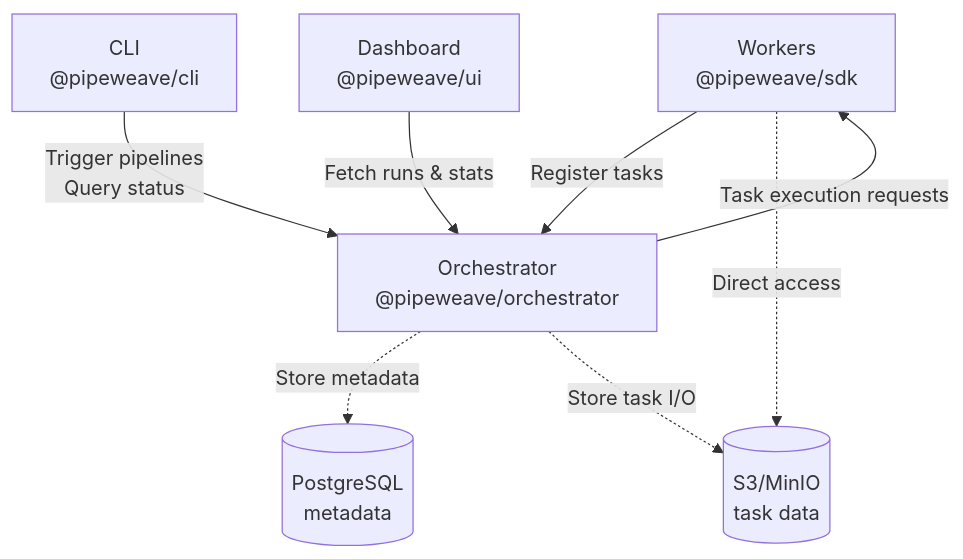
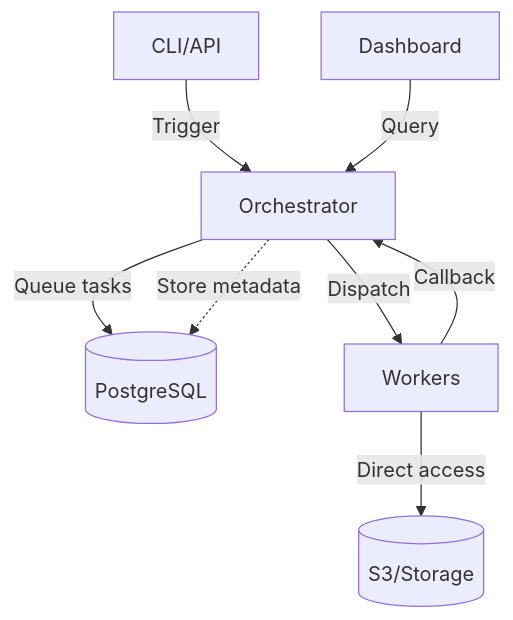
One commit to PipeWeave/pipeweave changed the diagram in README.md. Above: the diagram before and after it, drawn with Mermaid. The commit also changed other lines of this file and 41 other files, not shown here.

````diff
--- a/README.md
+++ b/README.md
@@ -188,18 +268,10 @@
 ```mermaid
 graph TB
-    Worker["Workers<br/>@pipeweave/sdk"]
-    Orch["Orchestrator<br/>@pipeweave/orchestrator"]
-    CLI["CLI<br/>@pipeweave/cli"]
-    UI["Dashboard<br/>@pipeweave/ui"]
-    DB[("PostgreSQL<br/>metadata")]
-    S3[("S3/MinIO<br/>task data")]
-
-    Worker -->|"Register tasks"| Orch
-    Orch -->|"Task execution requests"| Worker
-    CLI -->|"Trigger pipelines<br/>Query status"| Orch
-    UI -->|"Fetch runs & stats"| Orch
-
-    Orch -.->|"Store metadata"| DB
-    Orch -.->|"Store task I/O"| S3
-    Worker -.->|"Direct access"| S3
+    CLI["CLI/API"] -->|Trigger| Orch["Orchestrator"]
+    Orch -->|Queue tasks| DB[("PostgreSQL")]
+    Orch -->|Dispatch| Worker["Workers"]
+    Worker -->|Direct access| S3[("S3/Storage")]
+    Orch -.->|Store metadata| DB
+    Worker -->|Callback| Orch
+    UI["Dashboard"] -->|Query| Orch
 ```
````
